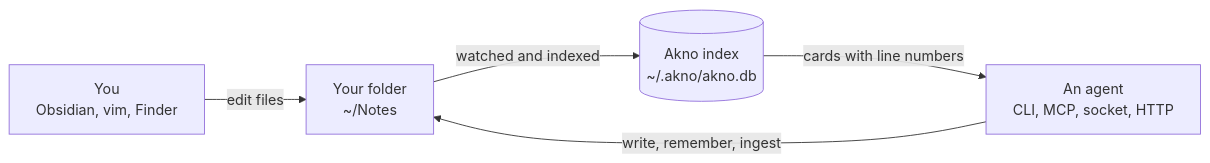
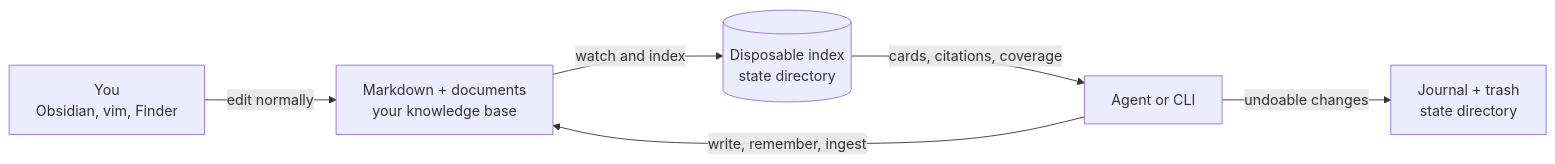
Before and after one commit to tenphi/akno: the first of 7 diagrams in HOW-IT-WORKS.md, drawn with Mermaid. The commit also changed other lines of this file and 5 other files, not shown here.

````diff
--- a/HOW-IT-WORKS.md
+++ b/HOW-IT-WORKS.md
@@ -40,7 +67,8 @@
 ```mermaid
 flowchart LR
-    You["You<br/>Obsidian, vim, Finder"] -->|edit files| Notes["Your folder<br/>~/Notes"]
-    Notes -->|watched and indexed| Index[("Akno index<br/>~/.akno/akno.db")]
-    Index -->|"cards with line numbers"| Agent["An agent<br/>CLI, MCP, socket, HTTP"]
+    Person["You<br/>Obsidian, vim, Finder"] -->|"edit normally"| Notes["Markdown + documents<br/>your knowledge base"]
+    Notes -->|"watch and index"| Index[("Disposable index<br/>state directory")]
+    Index -->|"cards, citations, coverage"| Agent["Agent or CLI"]
     Agent -->|"write, remember, ingest"| Notes
+    Agent -->|"undoable changes"| Journal["Journal + trash<br/>state directory"]
 ```
````
